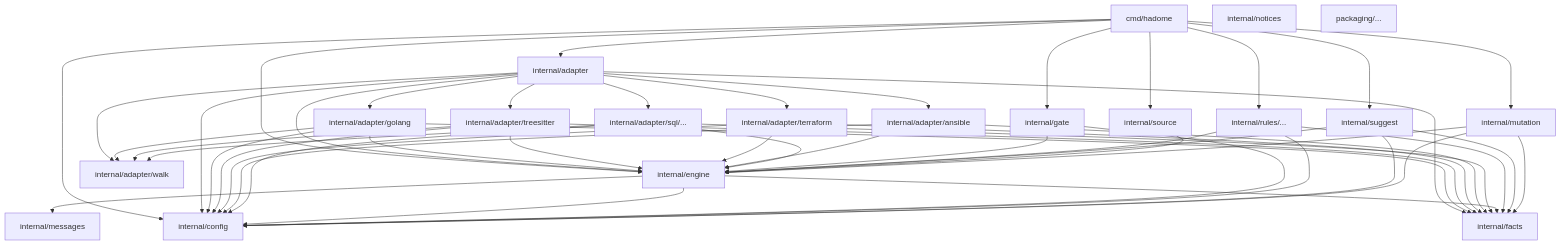
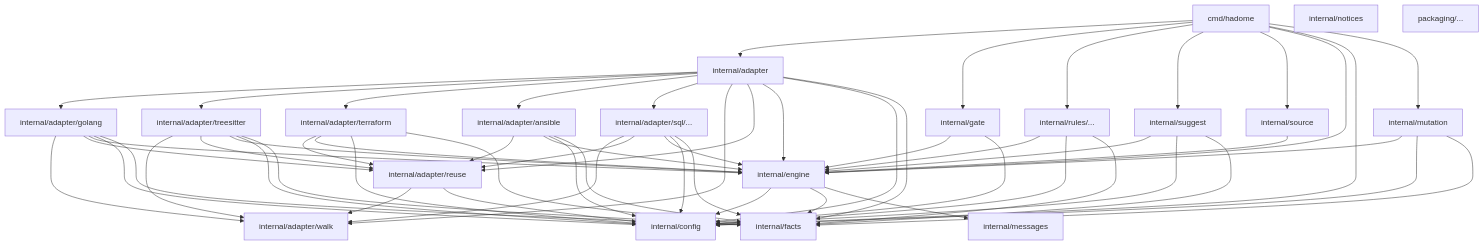
One commit to rerorets/hadome changed the diagram in docs/design/dependencies.ja.md. Above: the diagram before and after it, drawn with Mermaid. The commit also changed other lines of this file and 58 other files, not shown here.

````diff
--- a/docs/design/dependencies.ja.md
+++ b/docs/design/dependencies.ja.md
@@ -8,17 +8,19 @@
 ```mermaid
 flowchart TB
   cmd["cmd/hadome"] --> adapter["internal/adapter"] & gate["internal/gate"] & rules["internal/rules/..."]
   cmd --> suggest["internal/suggest"] & source["internal/source"] & engine["internal/engine"] & config["internal/config"]
   cmd --> mutation["internal/mutation"]
   adapter --> golang["internal/adapter/golang"] & treesitter["internal/adapter/treesitter"] & terraform["internal/adapter/terraform"] & ansible["internal/adapter/ansible"] & sqladapter["internal/adapter/sql/..."]
   adapter & golang & treesitter & sqladapter --> walk["internal/adapter/walk"]
+  adapter & golang & treesitter & terraform & ansible & sqladapter --> reuse["internal/adapter/reuse"]
+  reuse --> walk & config
   adapter & golang & treesitter & terraform & ansible & sqladapter --> engine & config & facts["internal/facts"]
   engine --> config & facts & messages["internal/messages"]
   gate --> engine & config
   rules --> engine & config & facts
   suggest --> engine & config & facts
   source --> engine
   mutation --> engine & config & facts
   notices["internal/notices"]
   packaging["packaging/..."]
 ```
````
